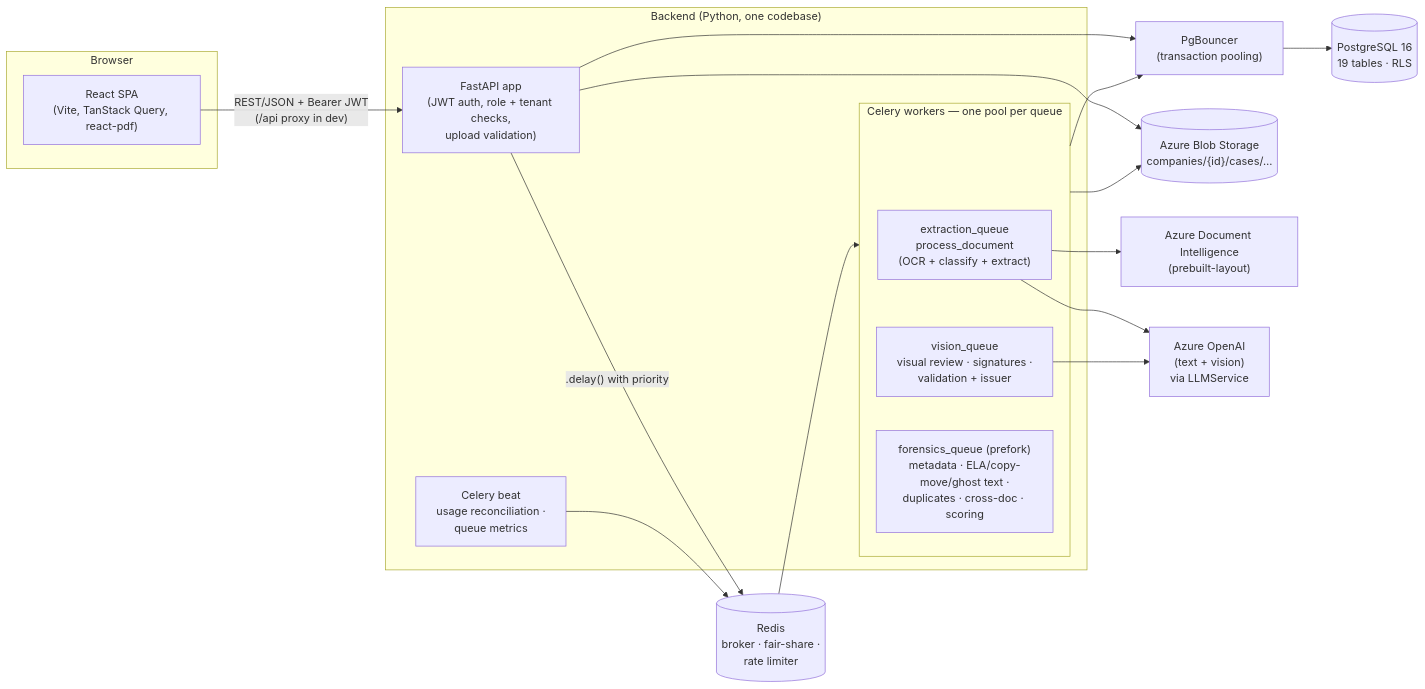
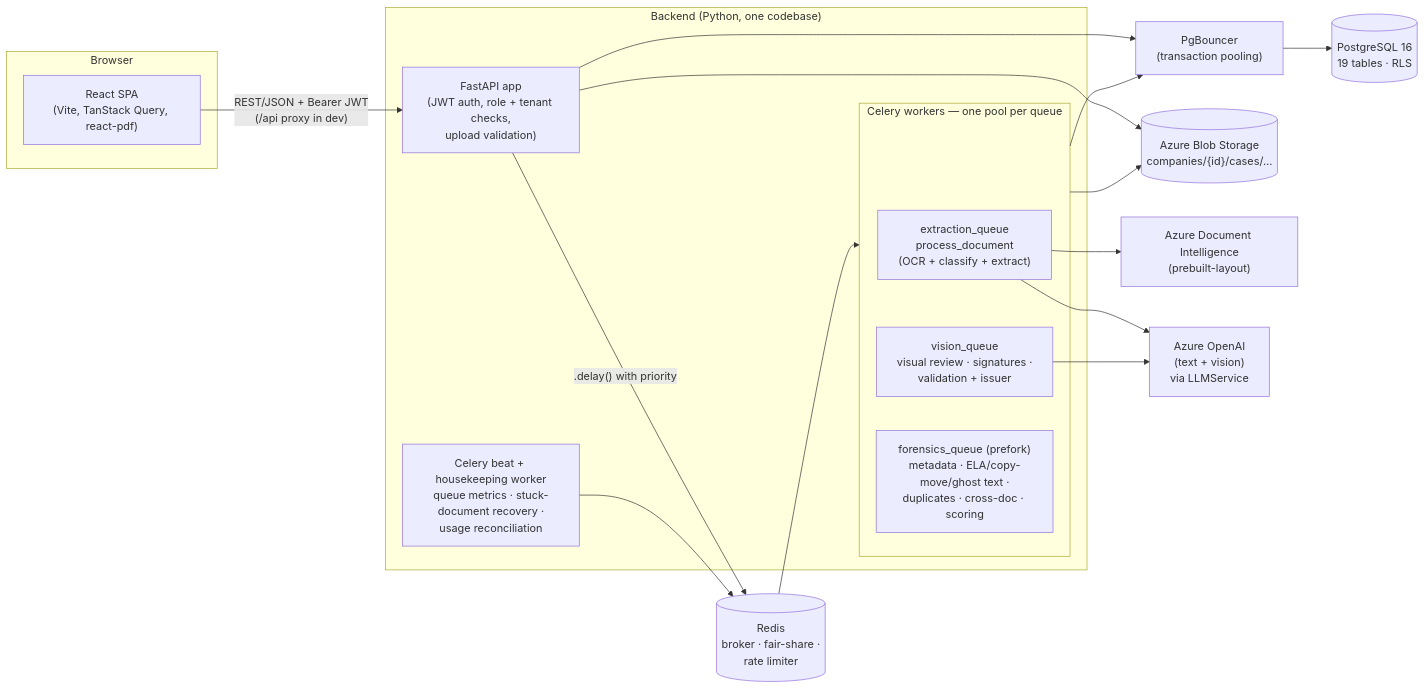
The diagram in docs/architecture/overview.md (Deepraj-chawda/FDDT), drawn with Mermaid before and after one commit. The commit also changed other lines of this file and 29 other files, not shown here.

First line of the commit message:
feat: stuck-document recovery, housekeeping queue, sign-in throttling; cost-optimised deployment

````diff
--- a/docs/architecture/overview.md
+++ b/docs/architecture/overview.md
@@ -16,36 +16,36 @@
 ```mermaid
 flowchart LR
     subgraph Browser
         SPA["React SPA<br/>(Vite, TanStack Query, react-pdf)"]
     end
 
     subgraph Backend["Backend (Python, one codebase)"]
         API["FastAPI app<br/>(JWT auth, role + tenant checks,<br/>upload validation)"]
         subgraph Workers["Celery workers — one pool per queue"]
             WX["extraction_queue<br/>process_document<br/>(OCR + classify + extract)"]
             WV["vision_queue<br/>visual review · signatures ·<br/>validation + issuer"]
             WF["forensics_queue (prefork)<br/>metadata · ELA/copy-move/ghost text ·<br/>duplicates · cross-doc · scoring"]
         end
-        BEAT["Celery beat<br/>usage reconciliation ·<br/>queue metrics"]
+        BEAT["Celery beat + housekeeping worker<br/>queue metrics · stuck-document recovery ·<br/>usage reconciliation"]
     end
 
     PGB["PgBouncer<br/>(transaction pooling)"]
     PG[("PostgreSQL 16<br/>19 tables · RLS")]
     RD[("Redis<br/>broker · fair-share ·<br/>rate limiter")]
     BLOB[("Azure Blob Storage<br/>companies/{id}/cases/…")]
     DI["Azure Document Intelligence<br/>(prebuilt-layout)"]
     AOAI["Azure OpenAI<br/>(text + vision)<br/>via LLMService"]
 
     SPA -- "REST/JSON + Bearer JWT<br/>(/api proxy in dev)" --> API
     API --> PGB
     API --> BLOB
     API -- ".delay() with priority" --> RD
     RD --> Workers
     BEAT --> RD
     Workers --> PGB
     PGB --> PG
     Workers --> BLOB
     WX --> DI
     WX --> AOAI
     WV --> AOAI
 ```
````
